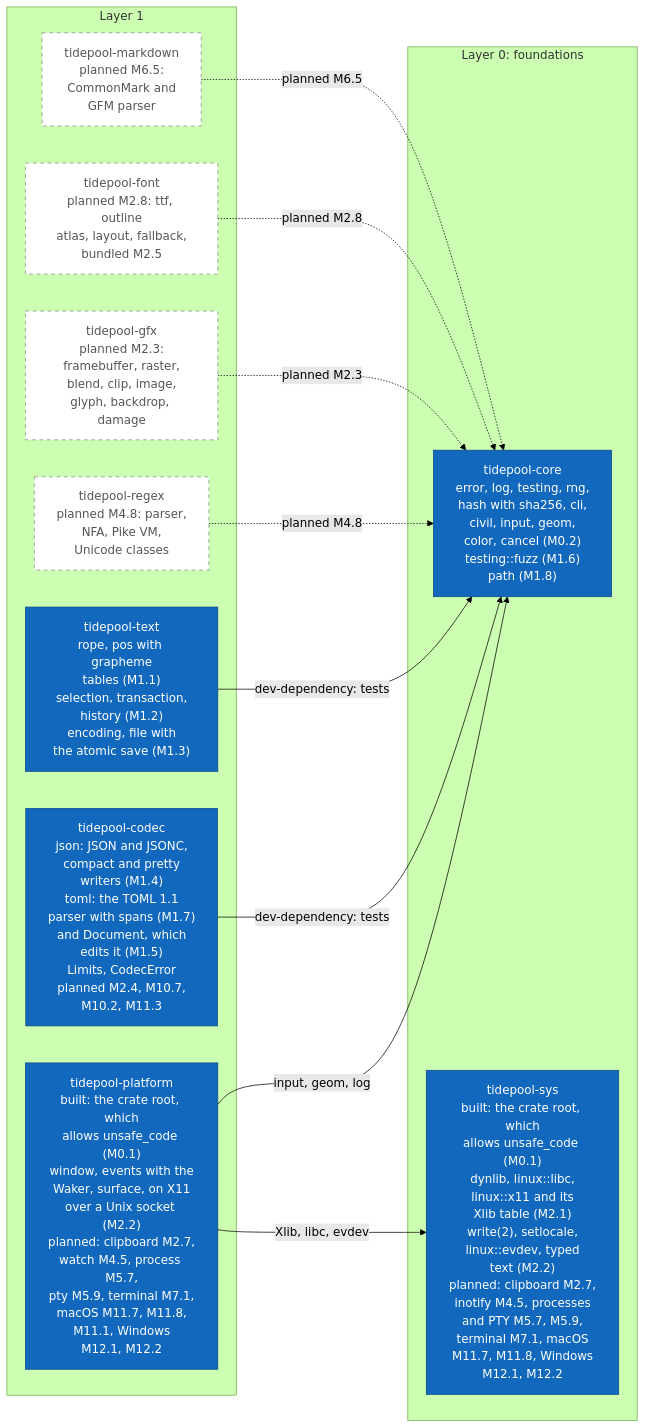
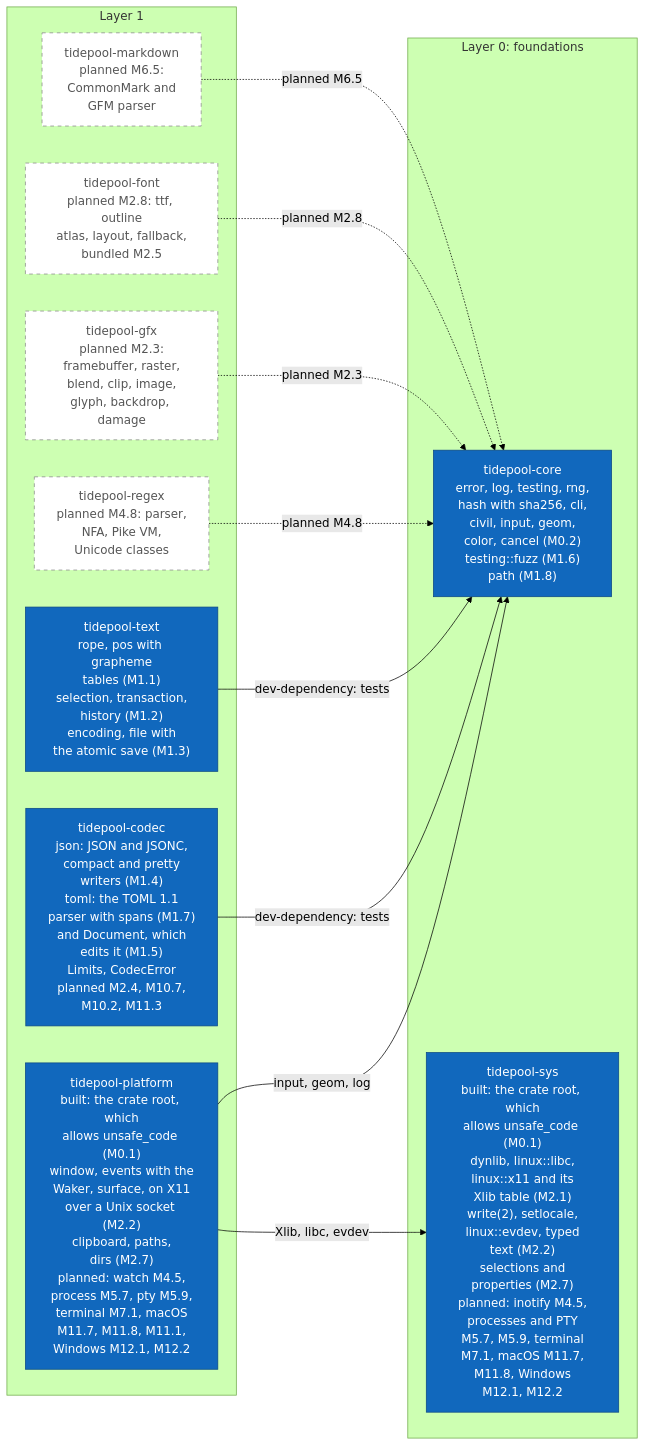
The sixth of 16 diagrams in diagrams/c4-architecture.md (jabbott-iii/Tidepool), drawn with Mermaid (forest theme) before and after one commit. The commit also changed other lines of this file and 28 other files, not shown here.

First line of the commit message:
platform: clipboard, paths and dirs on Linux (M2.7)

````diff
--- a/diagrams/c4-architecture.md
+++ b/diagrams/c4-architecture.md
@@ -291,30 +292,30 @@
 ```mermaid
 flowchart LR
     subgraph L1["Layer 1"]
-        k_platform["tidepool-platform<br/>built: the crate root, which<br/>allows unsafe_code (M0.1)<br/>window, events with the<br/>Waker, surface, on X11<br/>over a Unix socket (M2.2)<br/>planned: clipboard M2.7,<br/>watch M4.5, process M5.7,<br/>pty M5.9, terminal M7.1,<br/>macOS M11.7, M11.8,<br/>M11.1, Windows<br/>M12.1, M12.2"]
+        k_platform["tidepool-platform<br/>built: the crate root, which<br/>allows unsafe_code (M0.1)<br/>window, events with the<br/>Waker, surface, on X11<br/>over a Unix socket (M2.2)<br/>clipboard, paths,<br/>dirs (M2.7)<br/>planned: watch M4.5,<br/>process M5.7, pty M5.9,<br/>terminal M7.1, macOS<br/>M11.7, M11.8, M11.1,<br/>Windows M12.1, M12.2"]
         k_codec["tidepool-codec<br/>json: JSON and JSONC,<br/>compact and pretty<br/>writers (M1.4)<br/>toml: the TOML 1.1<br/>parser with spans (M1.7)<br/>and Document, which<br/>edits it (M1.5)<br/>Limits, CodecError<br/>planned M2.4, M10.7,<br/>M10.2, M11.3"]
         k_text["tidepool-text<br/>rope, pos with grapheme<br/>tables (M1.1)<br/>selection, transaction,<br/>history (M1.2)<br/>encoding, file with<br/>the atomic save (M1.3)"]
         k_regex["tidepool-regex<br/>planned M4.8: parser,<br/>NFA, Pike VM,<br/>Unicode classes"]
         k_gfx["tidepool-gfx<br/>planned M2.3:<br/>framebuffer, raster,<br/>blend, clip, image,<br/>glyph, backdrop, damage"]
         k_font["tidepool-font<br/>planned M2.8: ttf, outline<br/>atlas, layout, fallback,<br/>bundled M2.5"]
         k_markdown["tidepool-markdown<br/>planned M6.5:<br/>CommonMark and<br/>GFM parser"]
     end
     subgraph L0["Layer 0: foundations"]
         k_core["tidepool-core<br/>error, log, testing, rng,<br/>hash with sha256, cli,<br/>civil, input, geom,<br/>color, cancel (M0.2)<br/>testing::fuzz (M1.6)<br/>path (M1.8)"]
-        k_sys["tidepool-sys<br/>built: the crate root, which<br/>allows unsafe_code (M0.1)<br/>dynlib, linux::libc,<br/>linux::x11 and its<br/>Xlib table (M2.1)<br/>write(2), setlocale,<br/>linux::evdev, typed<br/>text (M2.2)<br/>planned: clipboard M2.7,<br/>inotify M4.5, processes<br/>and PTY M5.7, M5.9,<br/>terminal M7.1, macOS<br/>M11.7, M11.8, Windows<br/>M12.1, M12.2"]
+        k_sys["tidepool-sys<br/>built: the crate root, which<br/>allows unsafe_code (M0.1)<br/>dynlib, linux::libc,<br/>linux::x11 and its<br/>Xlib table (M2.1)<br/>write(2), setlocale,<br/>linux::evdev, typed<br/>text (M2.2)<br/>selections and<br/>properties (M2.7)<br/>planned: inotify M4.5,<br/>processes and PTY<br/>M5.7, M5.9, terminal<br/>M7.1, macOS M11.7,<br/>M11.8, Windows<br/>M12.1, M12.2"]
     end
 
     k_platform -->|"input, geom, log"| k_core
     k_platform -->|"Xlib, libc, evdev"| k_sys
     k_codec -->|"dev-dependency: tests"| k_core
     k_text -->|"dev-dependency: tests"| k_core
     k_regex -.->|"planned M4.8"| k_core
     k_gfx -.->|"planned M2.3"| k_core
     k_font -.->|"planned M2.8"| k_core
     k_markdown -.->|"planned M6.5"| k_core
 
     classDef built fill:#1168bd,stroke:#0b4884,color:#ffffff
     classDef planned fill:#ffffff,stroke:#888888,stroke-dasharray: 5 5,color:#555555
     class k_platform,k_codec,k_text,k_core,k_sys built
     class k_regex,k_gfx,k_font,k_markdown planned
 ```
````
